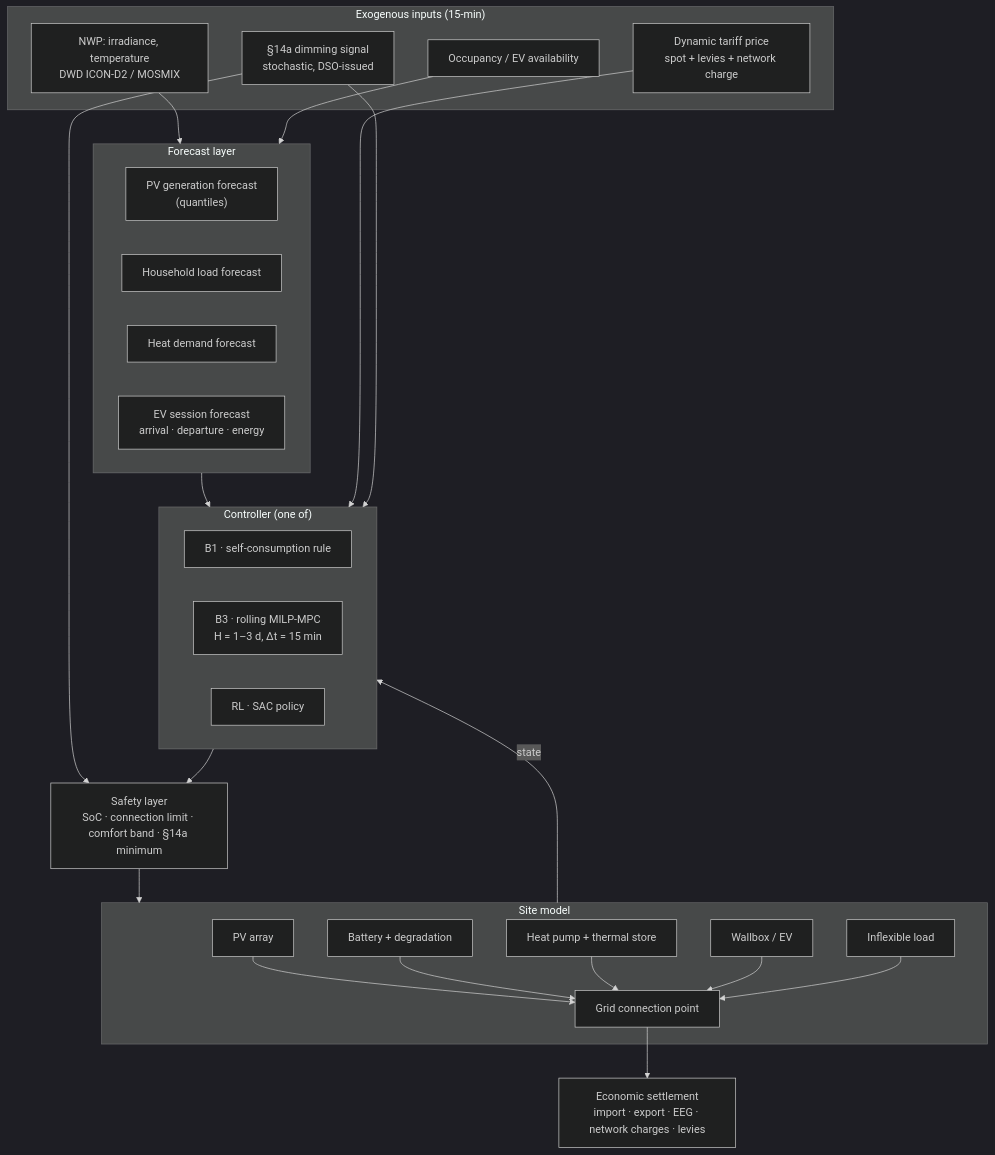
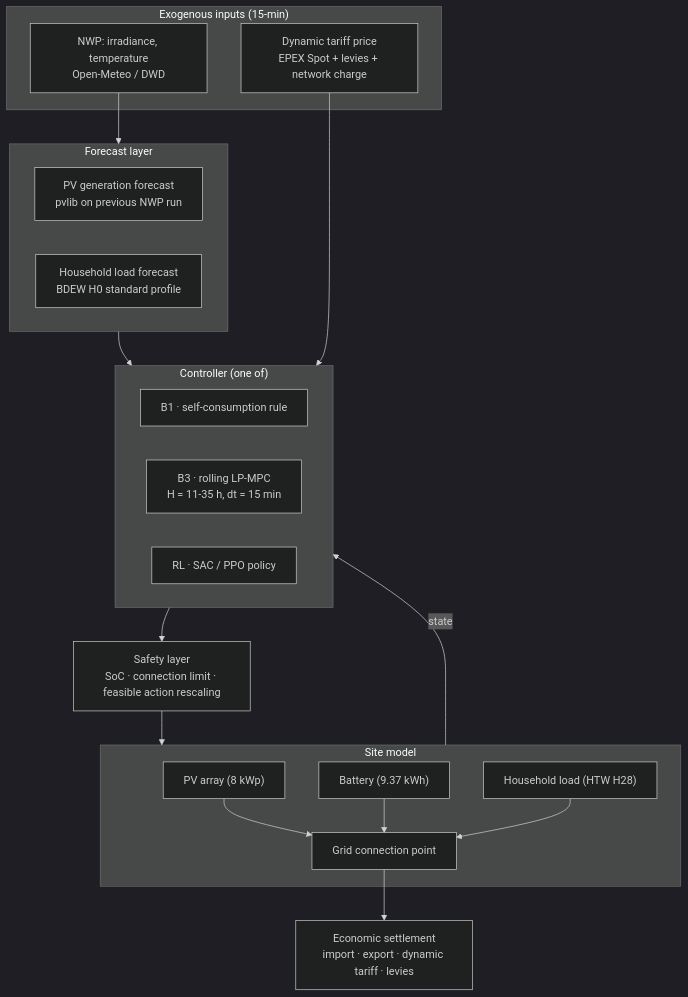
The diagram in projects/01-prosumer-pv-bess-mpc-rl/README.md (muratkus01/Portfolio), drawn with Mermaid (dark theme) before and after one commit. The commit also changed other lines of this file and 22 other files, not shown here.

````diff
--- a/projects/01-prosumer-pv-bess-mpc-rl/README.md
+++ b/projects/01-prosumer-pv-bess-mpc-rl/README.md
@@ -314,50 +346,39 @@
 ```mermaid
 flowchart TB
     subgraph EXO["Exogenous inputs (15-min)"]
-        W["NWP: irradiance, temperature<br/>DWD ICON-D2 / MOSMIX"]
-        PR["Dynamic tariff price<br/>spot + levies + network charge"]
-        DIM["§14a dimming signal<br/>stochastic, DSO-issued"]
-        OCC["Occupancy / EV availability"]
+        W["NWP: irradiance, temperature<br/>Open-Meteo / DWD"]
+        PR["Dynamic tariff price<br/>EPEX Spot + levies + network charge"]
     end
 
     subgraph FC["Forecast layer"]
-        F1["PV generation forecast<br/>(quantiles)"]
-        F2["Household load forecast"]
-        F3["Heat demand forecast"]
-        F4["EV session forecast<br/>arrival · departure · energy"]
+        F1["PV generation forecast<br/>pvlib on previous NWP run"]
+        F2["Household load forecast<br/>BDEW H0 standard profile"]
     end
 
     subgraph CTRL["Controller (one of)"]
         B1["B1 · self-consumption rule"]
-        B3["B3 · rolling MILP-MPC<br/>H = 1–3 d, Δt = 15 min"]
-        RL["RL · SAC policy"]
+        B3["B3 · rolling LP-MPC<br/>H = 11-35 h, dt = 15 min"]
+        RL["RL · SAC / PPO policy"]
     end
 
-    SAFE["Safety layer<br/>SoC · connection limit · comfort band · §14a minimum"]
+    SAFE["Safety layer<br/>SoC · connection limit · feasible action rescaling"]
 
     subgraph SITE["Site model"]
-        PV["PV array"]
-        BAT["Battery + degradation"]
-        HP["Heat pump + thermal store"]
-        EV["Wallbox / EV"]
-        LOAD["Inflexible load"]
+        PV["PV array (8 kWp)"]
+        BAT["Battery (9.37 kWh)"]
+        LOAD["Household load (HTW H28)"]
         GCP["Grid connection point"]
     end
 
-    SET["Economic settlement<br/>import · export · EEG · network charges · levies"]
+    SET["Economic settlement<br/>import · export · dynamic tariff · levies"]
 
     W --> FC
-    OCC --> FC
     FC --> CTRL
     PR --> CTRL
-    DIM --> CTRL
-    DIM --> SAFE
     CTRL --> SAFE --> SITE
     PV --> GCP
     BAT --> GCP
-    HP --> GCP
-    EV --> GCP
     LOAD --> GCP
     GCP --> SET
     SITE -->|state| CTRL
 ```
````
